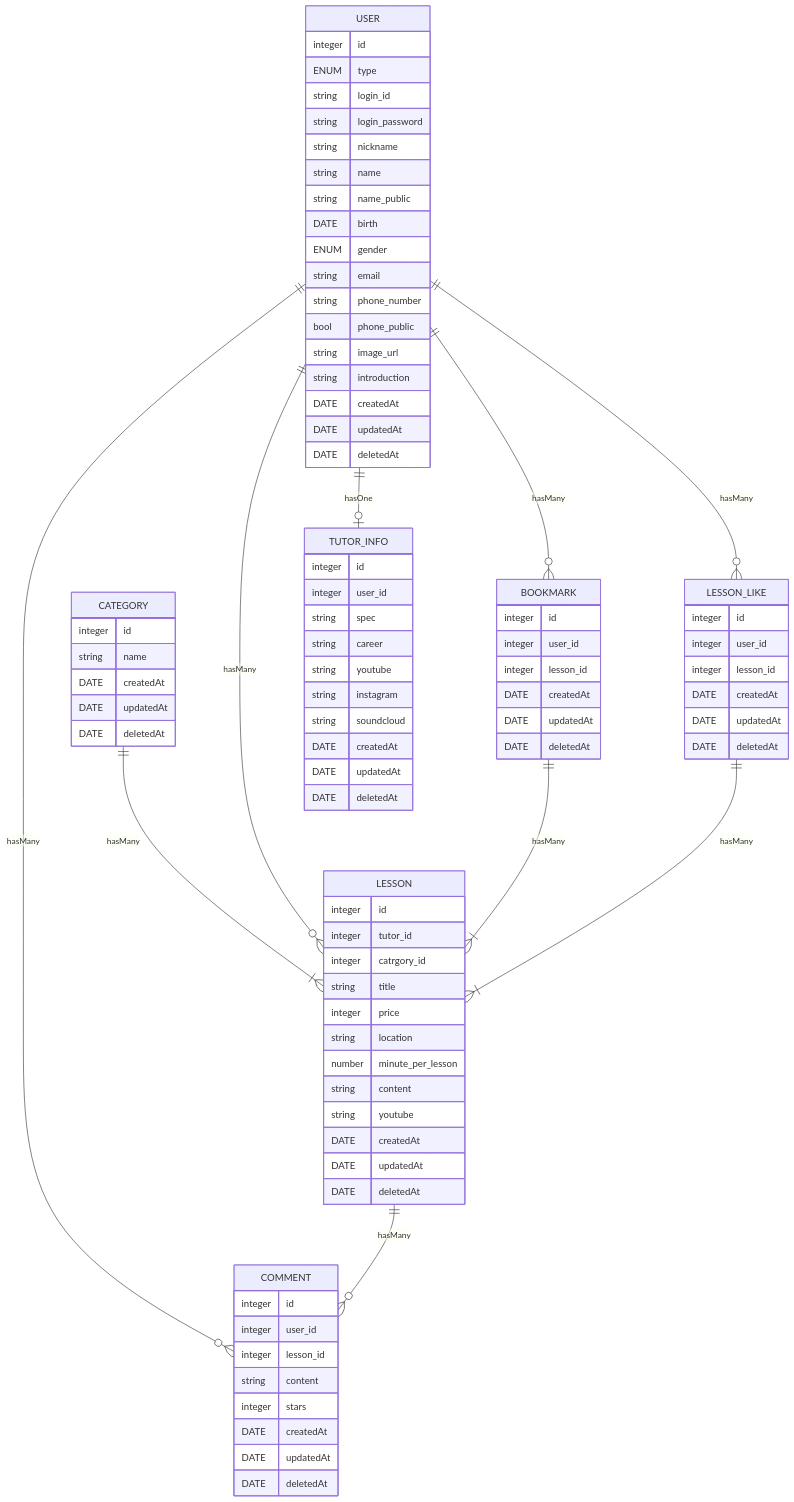
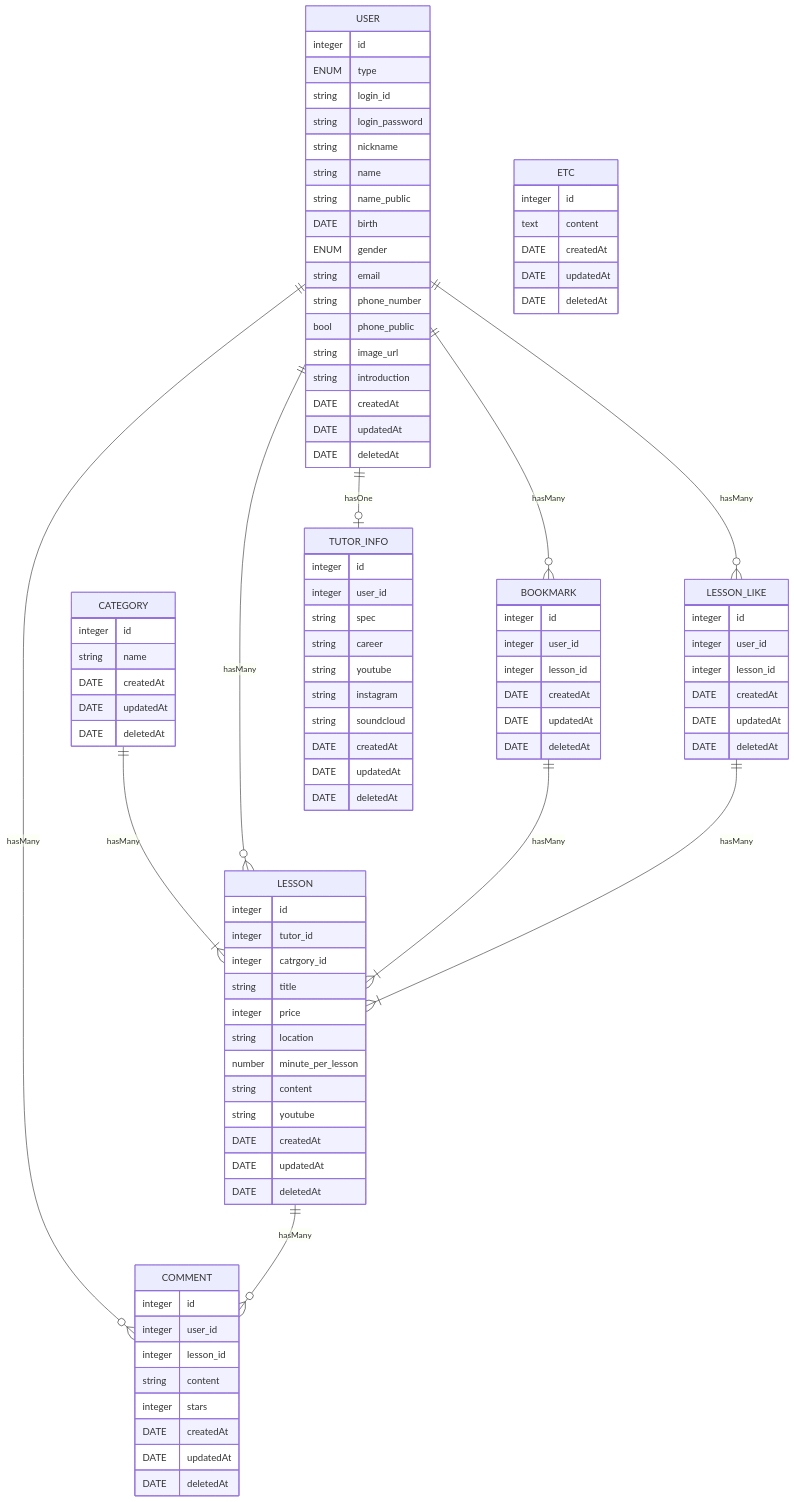
One commit to innovationacademy-kr/slabs-munetic changed the diagram in munetic_database/README.md. Above: the diagram before and after it, drawn with Mermaid. The commit also changed 13 other files, not shown here.

````diff
--- a/munetic_database/README.md
+++ b/munetic_database/README.md
@@ -98,4 +98,11 @@
         DATE updatedAt
         DATE deletedAt
     }
+    ETC {
+        integer id
+        text content
+        DATE createdAt
+        DATE updatedAt
+        DATE deletedAt
+    }
 ```
````
